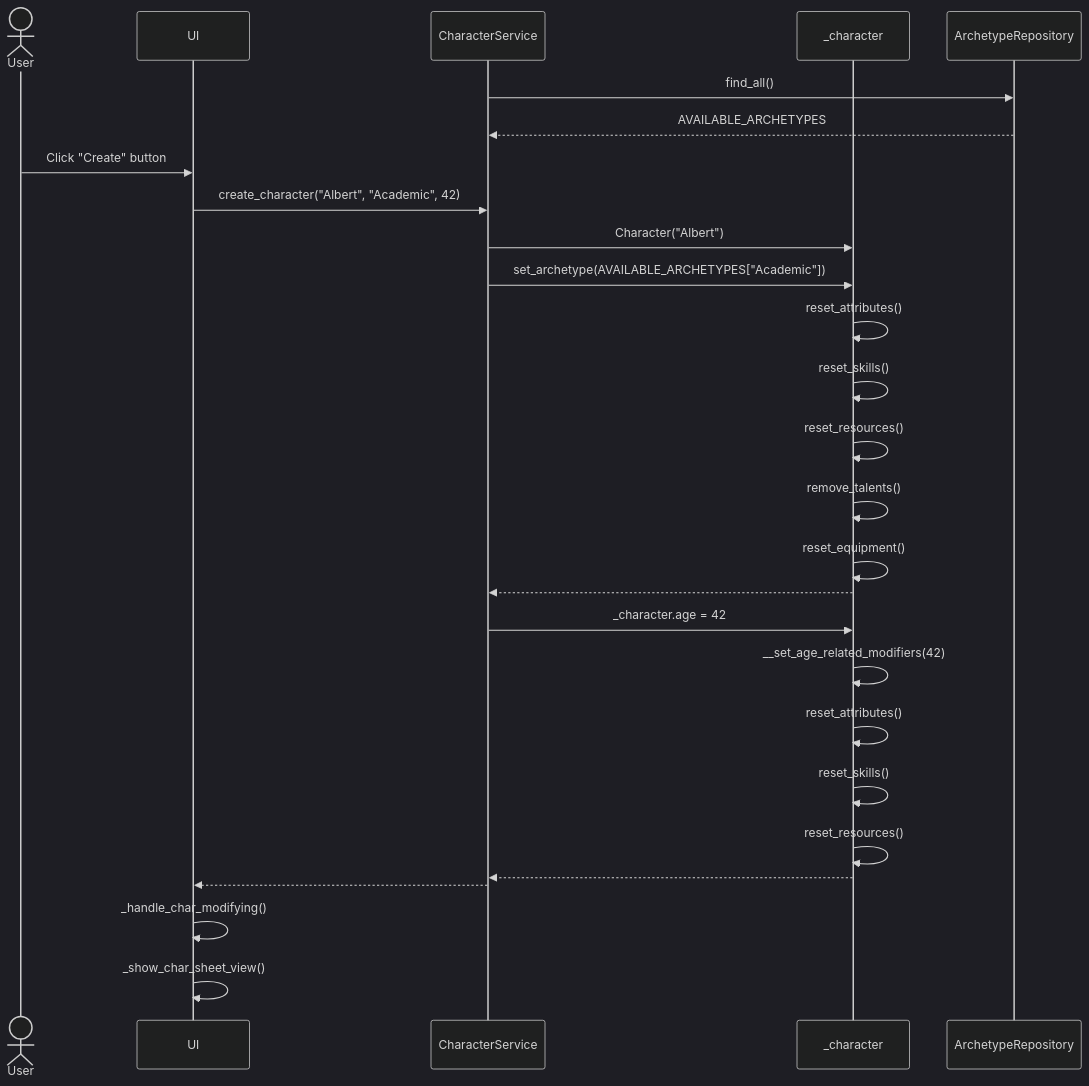
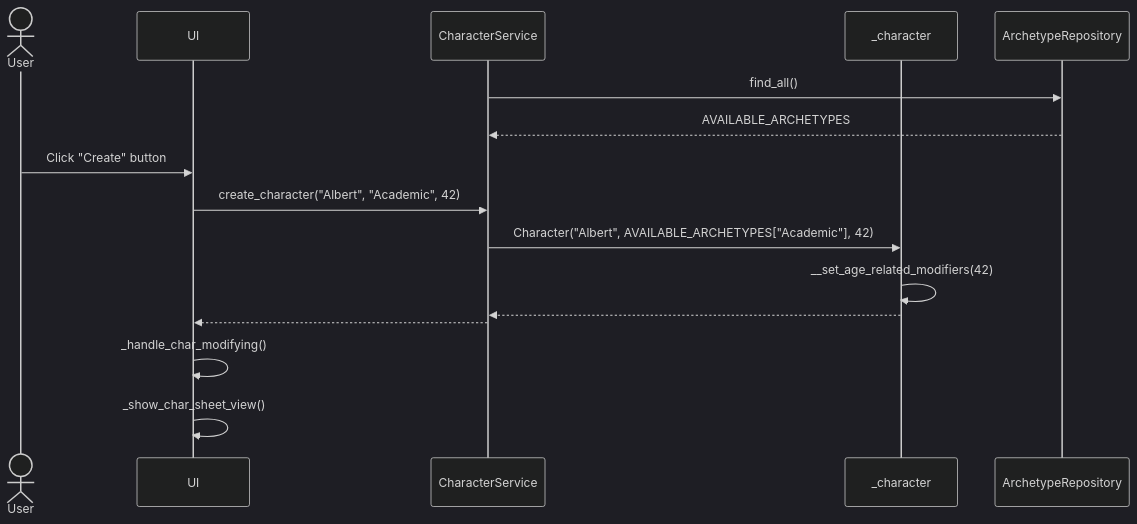
The second of 2 diagrams in dokumentaatio/arkkitehtuuri.md (kivistoilkka/ot-harjoitustyo), drawn with Mermaid (dark theme) before and after one commit. The commit also changed other lines of this file and 1 other file, not shown here.

````diff
--- a/dokumentaatio/arkkitehtuuri.md
+++ b/dokumentaatio/arkkitehtuuri.md
@@ -63,30 +193,19 @@
 ```mermaid
 sequenceDiagram
     actor User
     participant UI
     participant CharacterService
     participant _character
     participant ArchetypeRepository
 
     CharacterService ->> ArchetypeRepository: find_all()
     ArchetypeRepository -->> CharacterService: AVAILABLE_ARCHETYPES 
     User ->> UI: Click "Create" button
     UI ->> CharacterService: create_character("Albert", "Academic", 42)
-    CharacterService ->> _character: Character("Albert")
-    CharacterService ->> _character: set_archetype(AVAILABLE_ARCHETYPES["Academic"])
-    _character ->> _character: reset_attributes()
-    _character ->> _character: reset_skills()
-    _character ->> _character: reset_resources()
-    _character ->> _character: remove_talents()
-    _character ->> _character: reset_equipment()
-    _character -->> CharacterService: 
-    CharacterService ->> _character: _character.age = 42
+    CharacterService ->> _character: Character("Albert", AVAILABLE_ARCHETYPES["Academic"], 42)
     _character ->> _character: __set_age_related_modifiers(42)
-    _character ->> _character: reset_attributes()
-    _character ->> _character: reset_skills()
-    _character ->> _character: reset_resources()
     _character -->> CharacterService: 
     CharacterService -->> UI: 
     UI ->> UI: _handle_char_modifying()
     UI ->> UI: _show_char_sheet_view()
 ```
````
